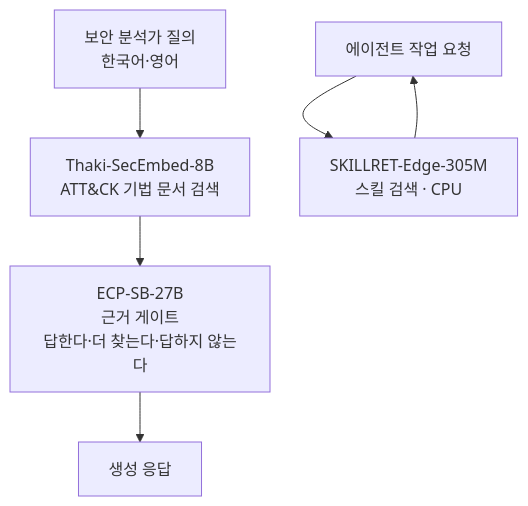
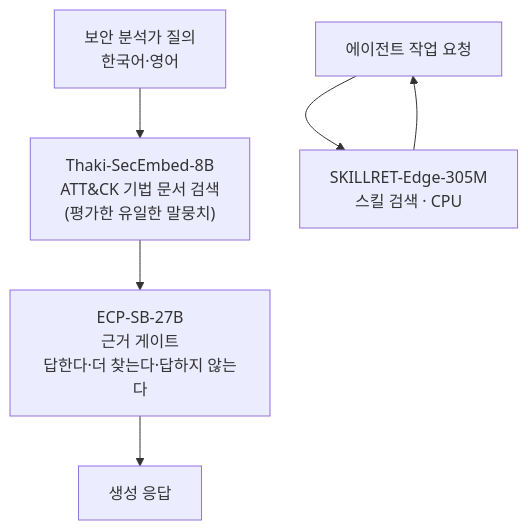
The diagram in _posts/ko/owm/2026-10-25-preregistered-gates-three-models-open.md (ThakiCloud/thakicloud.github.io), drawn with Mermaid before and after one commit. The commit also changed other lines of this file and 7 other files, not shown here.

````diff
--- a/_posts/ko/owm/2026-10-25-preregistered-gates-three-models-open.md
+++ b/_posts/ko/owm/2026-10-25-preregistered-gates-three-models-open.md
@@ -44,8 +44,8 @@
 ```mermaid
 flowchart TB
-    Q[보안 분석가 질의<br/>한국어·영어] --> SE[Thaki-SecEmbed-8B<br/>ATT&CK 기법 문서 검색]
+    Q["보안 분석가 질의<br/>한국어·영어"] --> SE["Thaki-SecEmbed-8B<br/>ATT&CK 기법 문서 검색<br/>(평가한 유일한 말뭉치)"]
     SE --> G[ECP-SB-27B<br/>근거 게이트<br/>답한다·더 찾는다·답하지 않는다]
-    G --> A[생성 응답]
+    G --> A["생성 응답"]
     AG[에이전트 작업 요청] --> SK[SKILLRET-Edge-305M<br/>스킬 검색 · CPU]
     SK --> AG
 ```
````
